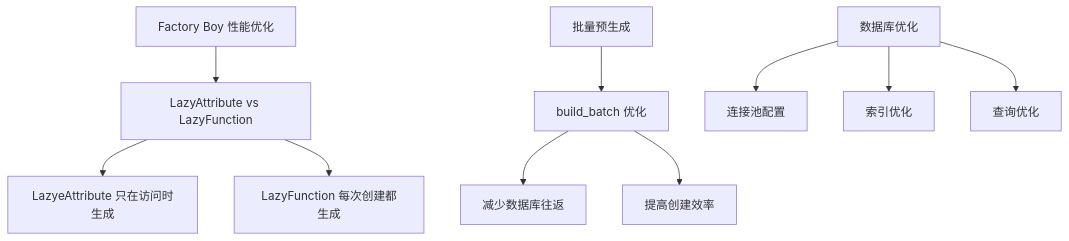
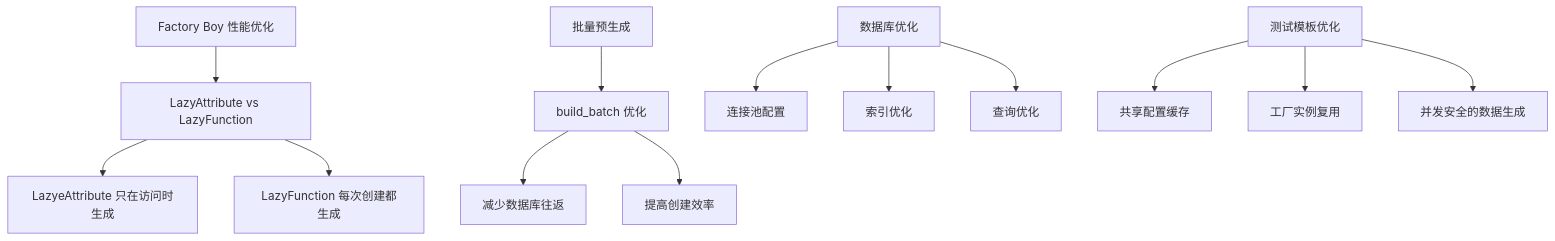
One commit to AngelWings1997/altas changed the eighth of 9 diagrams in .qoder/repowiki/zh/content/Altas Workflow Core/测试数据管理参考.md. Above: the diagram before and after it, drawn with Mermaid. The commit also changed other lines of this file and 8 other files, not shown here.

````diff
--- a/.qoder/repowiki/zh/content/Altas Workflow Core/测试数据管理参考.md
+++ b/.qoder/repowiki/zh/content/Altas Workflow Core/测试数据管理参考.md
@@ -296,12 +479,15 @@
 ```mermaid
 flowchart TD
 A[Factory Boy 性能优化] --> B[LazyAttribute vs LazyFunction]
 B --> C[LazyeAttribute 只在访问时生成]
 B --> D[LazyFunction 每次创建都生成]
 E[批量预生成] --> F[build_batch 优化]
 F --> G[减少数据库往返]
 F --> H[提高创建效率]
 I[数据库优化] --> J[连接池配置]
 I --> K[索引优化]
 I --> L[查询优化]
+M[测试模板优化] --> N[共享配置缓存]
+M --> O[工厂实例复用]
+M --> P[并发安全的数据生成]
 ```
````
